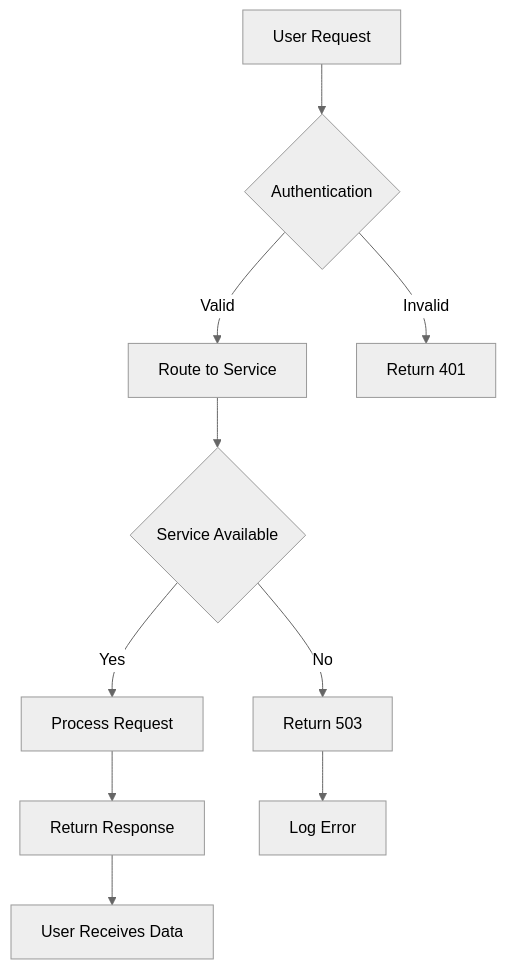
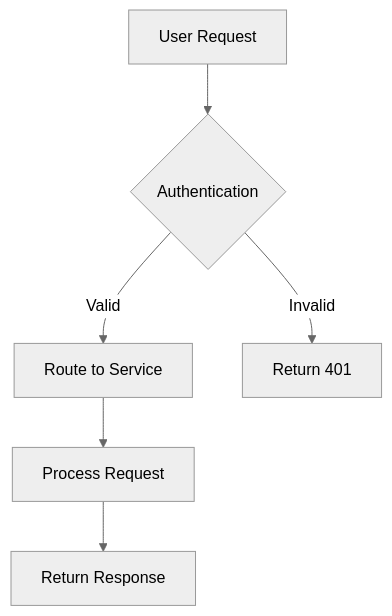
The first of 3 diagrams in .claude/agents/amplihack/specialized/visualization-architect.md (rysweet/MicrosoftHackathon2025-AgenticCoding), drawn with Mermaid (neutral theme) before and after one commit. The commit also changed other lines of this file and 2 other files, not shown here.

````diff
--- a/.claude/agents/amplihack/specialized/visualization-architect.md
+++ b/.claude/agents/amplihack/specialized/visualization-architect.md
@@ -90,12 +69,8 @@
 ```mermaid
 graph TD
     A[User Request] --> B{Authentication}
     B -->|Valid| C[Route to Service]
     B -->|Invalid| D[Return 401]
-    C --> E{Service Available}
-    E -->|Yes| F[Process Request]
-    E -->|No| G[Return 503]
-    F --> H[Return Response]
-    G --> I[Log Error]
-    H --> J[User Receives Data]
+    C --> E[Process Request]
+    E --> F[Return Response]
 ```
````
